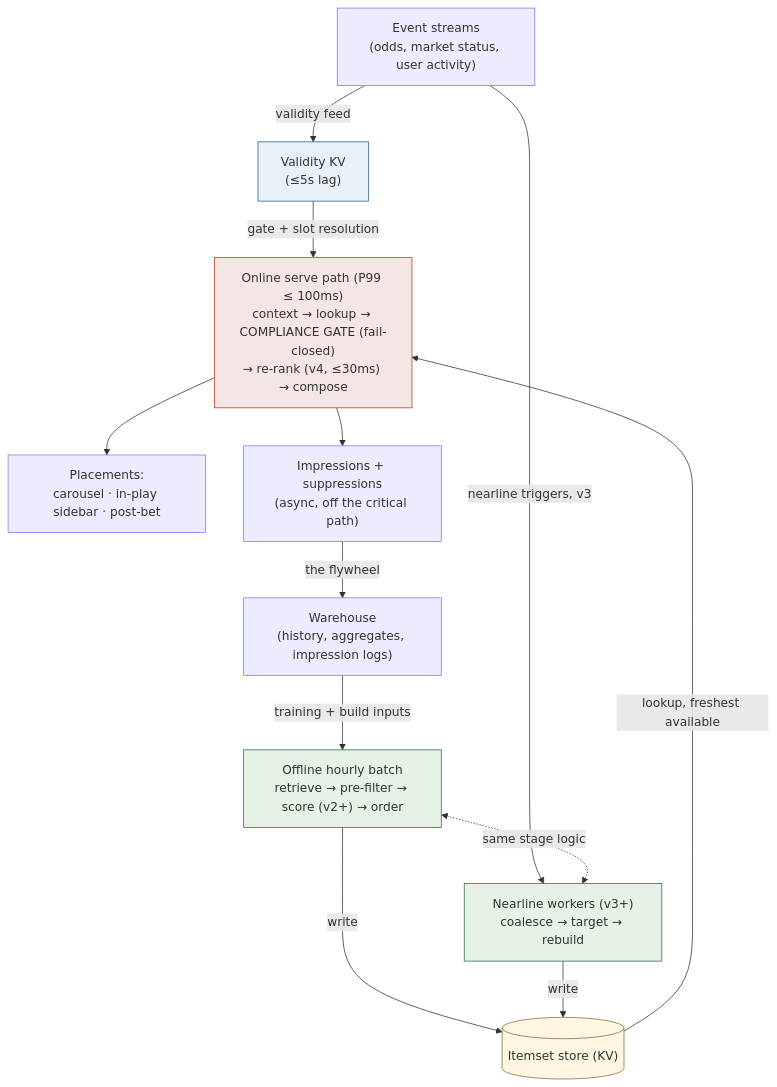
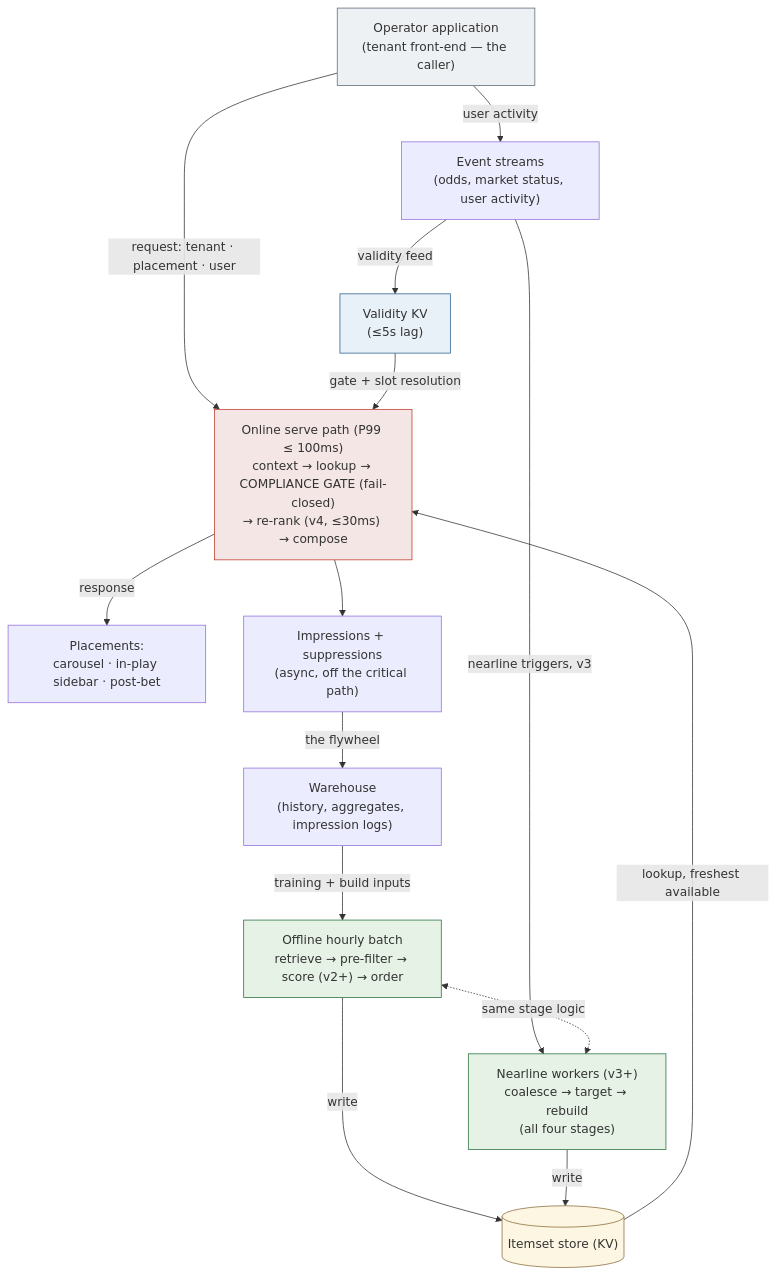
The diagram in design.md (nickleomartin/whizdom-ai-interview), drawn with Mermaid before and after one commit. The commit also changed other lines of this file, not shown here.

Commit message:
docs: sync design.md architecture diagram with the explorer
Operator application added as the request-path caller and the origin
of user-activity events; response edge labelled; nearline node notes
it runs all four stages; section links to the live interactive
explorer. Prose gains the loop-starts-outside-the-boundary point.

Claude-Session: https://claude.ai/code/session_01VLvFdLMsymcBTKQSczVfJt

````diff
--- a/design.md
+++ b/design.md
@@ -136,30 +140,34 @@
 ```mermaid
 flowchart TB
+    APP["Operator application<br/>(tenant front-end — the caller)"]
     ES["Event streams<br/>(odds, market status, user activity)"]
     WH["Warehouse<br/>(history, aggregates, impression logs)"]
     VKV["Validity KV<br/>(≤5s lag)"]
-    NL["Nearline workers (v3+)<br/>coalesce → target → rebuild"]
+    NL["Nearline workers (v3+)<br/>coalesce → target → rebuild<br/>(all four stages)"]
     OFF["Offline hourly batch<br/>retrieve → pre-filter → score (v2+) → order"]
     STORE[("Itemset store (KV)")]
     SERVE["Online serve path (P99 ≤ 100ms)<br/>context → lookup → COMPLIANCE GATE (fail-closed)<br/>→ re-rank (v4, ≤30ms) → compose"]
     PL["Placements:<br/>carousel · in-play sidebar · post-bet"]
     LOG["Impressions + suppressions<br/>(async, off the critical path)"]
 
+    APP -->|user activity| ES
+    APP -->|"request: tenant · placement · user"| SERVE
     ES -->|validity feed| VKV
     ES -->|nearline triggers, v3| NL
     WH -->|training + build inputs| OFF
     OFF <-.->|same stage logic| NL
     OFF -->|write| STORE
     NL -->|write| STORE
     STORE -->|lookup, freshest available| SERVE
     VKV -->|gate + slot resolution| SERVE
-    SERVE --> PL
+    SERVE -->|response| PL
     SERVE --> LOG
     LOG -->|the flywheel| WH
 
+    style APP fill:#eef1f4,stroke:#5a6b7a
     style SERVE fill:#f5e6e6,stroke:#c0392b
     style VKV fill:#e8f0f8,stroke:#2c5f8a
     style NL fill:#e6f2e6,stroke:#27713f
     style OFF fill:#e6f2e6,stroke:#27713f
     style STORE fill:#fdf6e3,stroke:#8a6d3b
 ```
````
